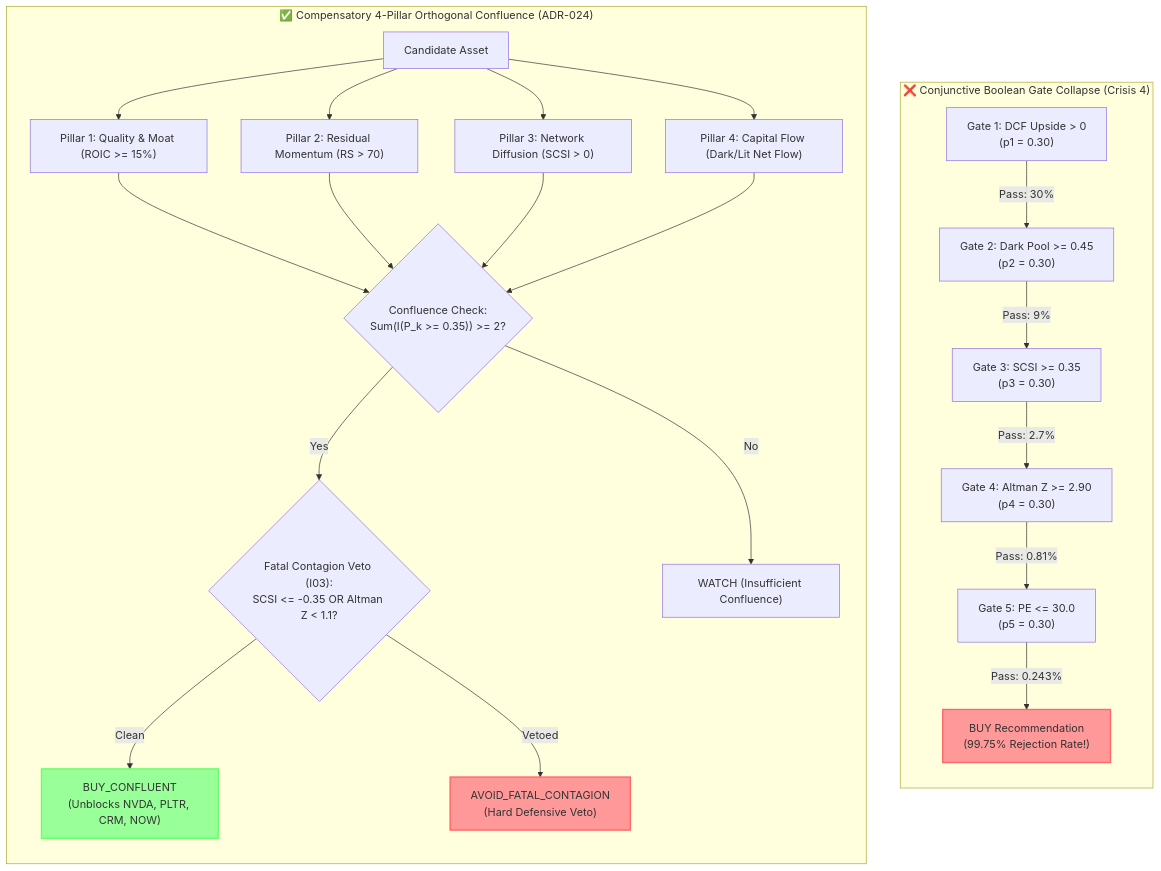
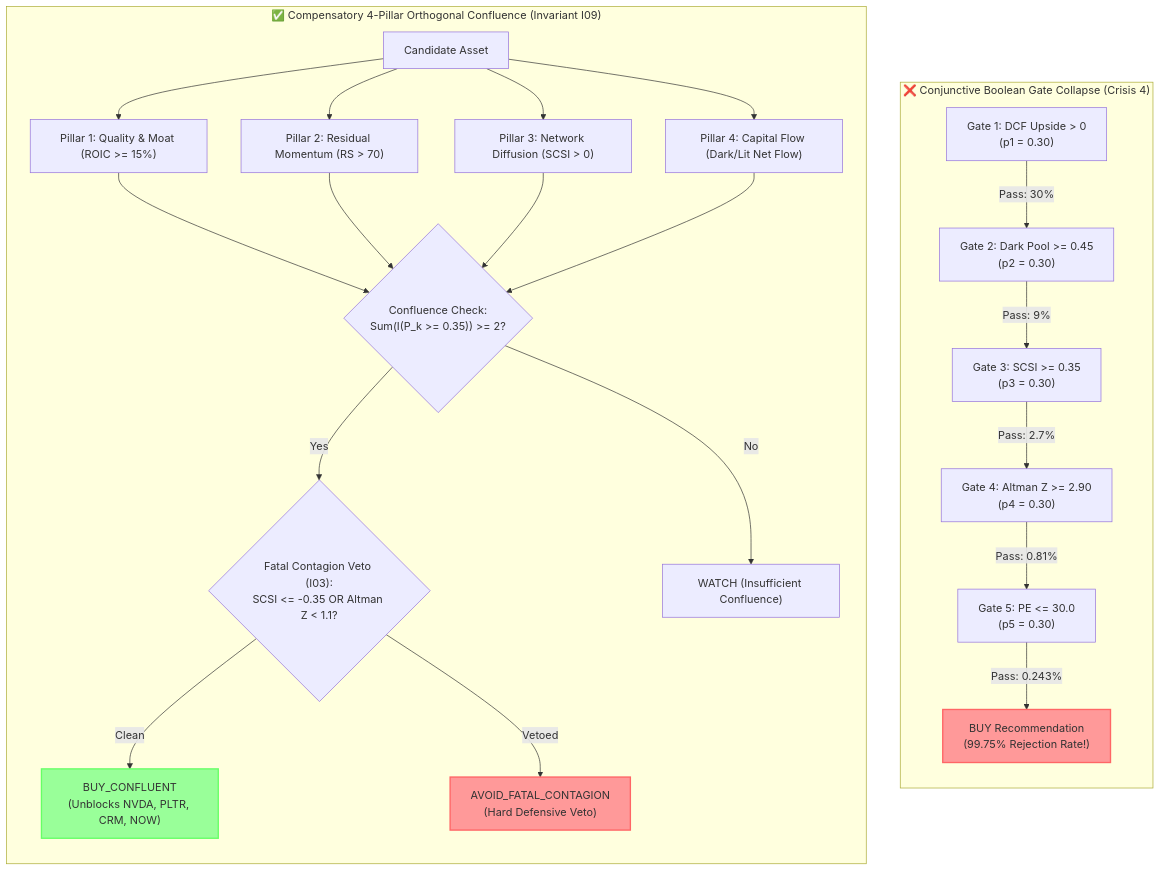
Before and after one commit to bdchang403/AI_Software_Foundations: the second of 2 diagrams in 04_testing_and_validation/TEST_ARCHITECTURE.md, drawn with Mermaid. The commit also changed other lines of this file and 41 other files, not shown here.

First line of the commit message:
feat(orchestration-and-flow): complete enterprise curriculum integration and guardrail expansion

````diff
--- a/04_testing_and_validation/TEST_ARCHITECTURE.md
+++ b/04_testing_and_validation/TEST_ARCHITECTURE.md
@@ -71,28 +71,28 @@
 ```mermaid
 flowchart TD
     subgraph ConjunctiveCollapse["❌ Conjunctive Boolean Gate Collapse (Crisis 4)"]
         direction TB
         G1["Gate 1: DCF Upside > 0<br/>(p1 = 0.30)"] -->|Pass: 30%| G2["Gate 2: Dark Pool >= 0.45<br/>(p2 = 0.30)"]
         G2 -->|Pass: 9%| G3["Gate 3: SCSI >= 0.35<br/>(p3 = 0.30)"]
         G3 -->|Pass: 2.7%| G4["Gate 4: Altman Z >= 2.90<br/>(p4 = 0.30)"]
         G4 -->|Pass: 0.81%| G5["Gate 5: PE <= 30.0<br/>(p5 = 0.30)"]
         G5 -->|Pass: 0.243%| Buy1["BUY Recommendation<br/>(99.75% Rejection Rate!)"]
         style Buy1 fill:#f99,stroke:#f66,stroke-width:2px
     end
 
-    subgraph CompensatoryConfluence["✅ Compensatory 4-Pillar Orthogonal Confluence (ADR-024)"]
+    subgraph CompensatoryConfluence["✅ Compensatory 4-Pillar Orthogonal Confluence (Invariant I09)"]
         direction TB
         Candidate["Candidate Asset"] --> P1["Pillar 1: Quality & Moat (ROIC >= 15%)"]
         Candidate --> P2["Pillar 2: Residual Momentum (RS > 70)"]
         Candidate --> P3["Pillar 3: Network Diffusion (SCSI > 0)"]
         Candidate --> P4["Pillar 4: Capital Flow (Dark/Lit Net Flow)"]
         
         P1 & P2 & P3 & P4 --> ConfEval{"Confluence Check:<br/>Sum(I(P_k >= 0.35)) >= 2?"}
         ConfEval -- Yes --> VetoCheck{"Fatal Contagion Veto (I03):<br/>SCSI <= -0.35 OR Altman Z < 1.1?"}
         ConfEval -- No --> Watch["WATCH (Insufficient Confluence)"]
         VetoCheck -- Clean --> Buy2["BUY_CONFLUENT<br/>(Unblocks NVDA, PLTR, CRM, NOW)"]
         VetoCheck -- Vetoed --> Avoid["AVOID_FATAL_CONTAGION<br/>(Hard Defensive Veto)"]
         style Buy2 fill:#9f9,stroke:#6f6,stroke-width:2px
         style Avoid fill:#f99,stroke:#f66,stroke-width:2px
     end
 ```
````
